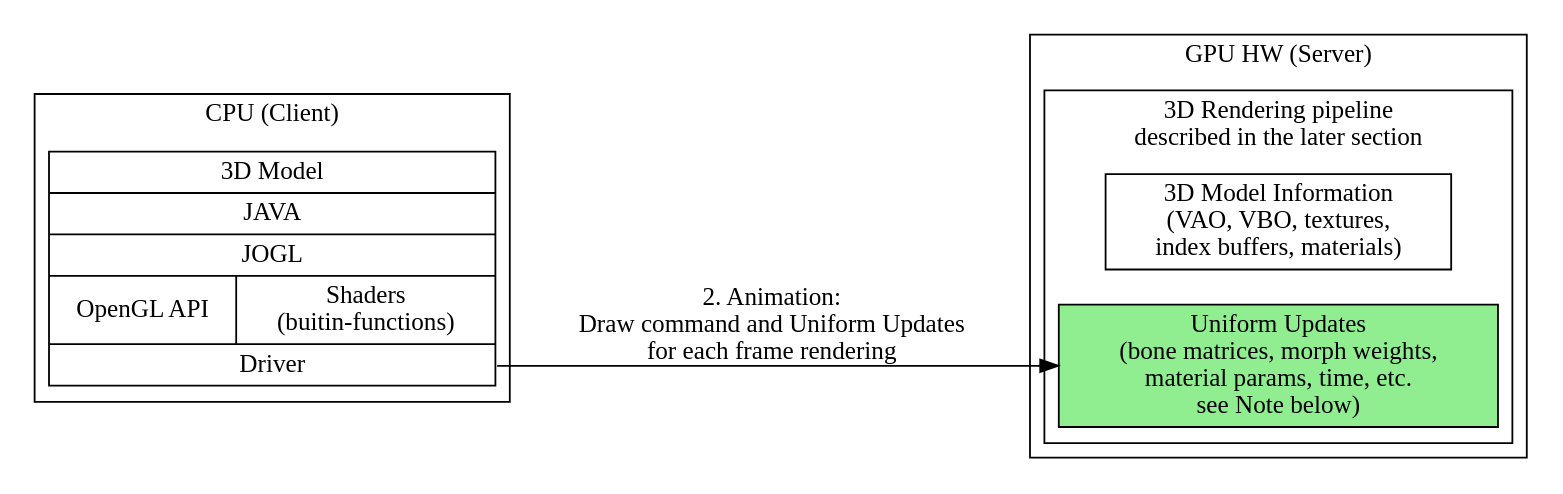
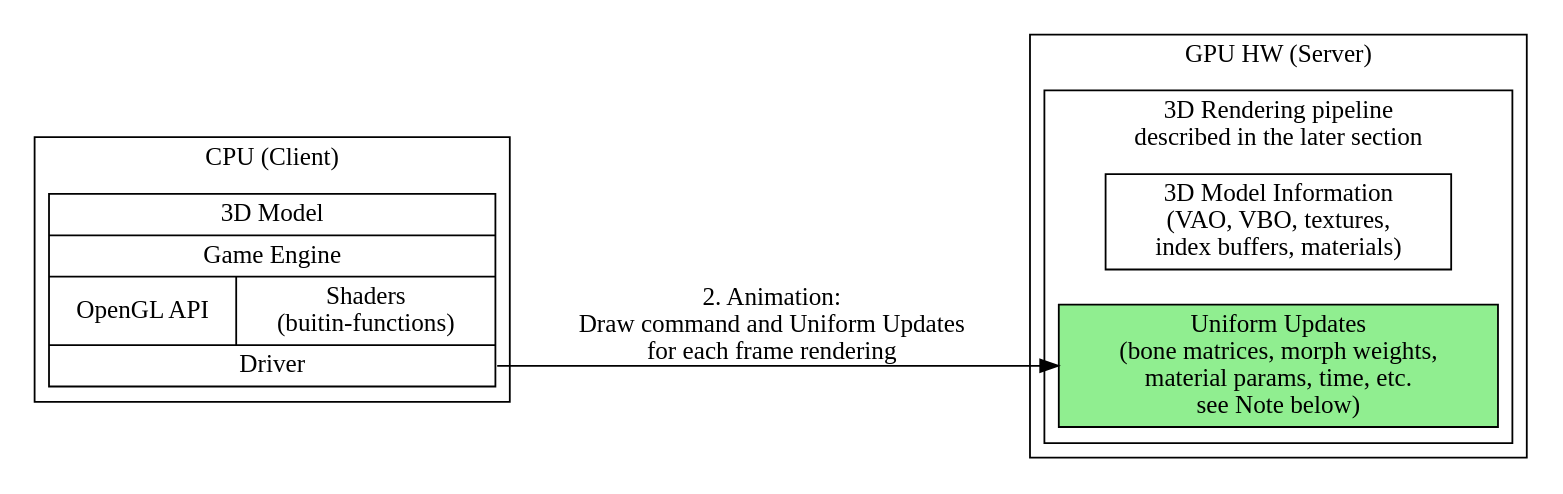
Before and after one commit to Jonathan2251/lbd: the diagram in Fig/gpu/graphic-sw-stack-2.gv, drawn with Graphviz. The commit also changed 15 other files, not shown here.

```diff
--- a/Fig/gpu/graphic-sw-stack-2.gv
+++ b/Fig/gpu/graphic-sw-stack-2.gv
@@ -1,21 +1,21 @@
 digraph G {
   rankdir=LR;
   
   compound=true;
   node [shape=record];
   subgraph cluster_cpu {
     label = "CPU (Client)";
-    CPU_SW [label=" 3D Model | JAVA | JOGL | { OpenGL API | Shaders \n (buitin-functions)} | <f1> Driver"];
+    CPU_SW [label=" 3D Model | Game Engine | { OpenGL API | Shaders \n (buitin-functions)} | <f1> Driver"];
   }
   subgraph cluster_gpu {
     label = "GPU HW (Server)";
     subgraph cluster_gpu_sw {
       label = "3D Rendering pipeline \ndescribed in the later section";
       ModelData        [label="3D Model Information\n(VAO, VBO, textures,\nindex buffers, materials)"];
       UniformUpdates   [label="Uniform Updates\n(bone matrices, morph weights,\nmaterial params, time, etc.\nsee Note below)", style=filled, fillcolor=lightgreen, color="black"];
     }
   }
   CPU_SW:f1 -> UniformUpdates [label="2. Animation: \nDraw command and Uniform Updates\nfor each frame rendering"];
     
 //  label = "Graphic SW Stack";
 }
```
